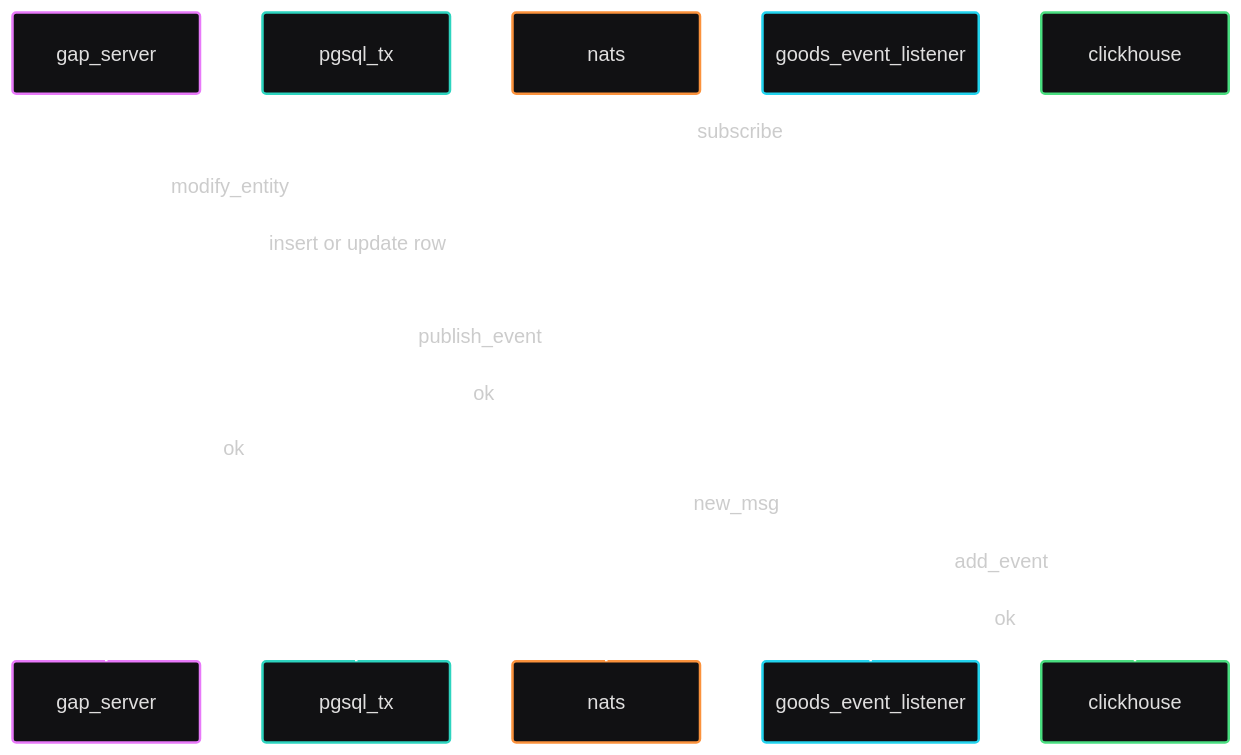
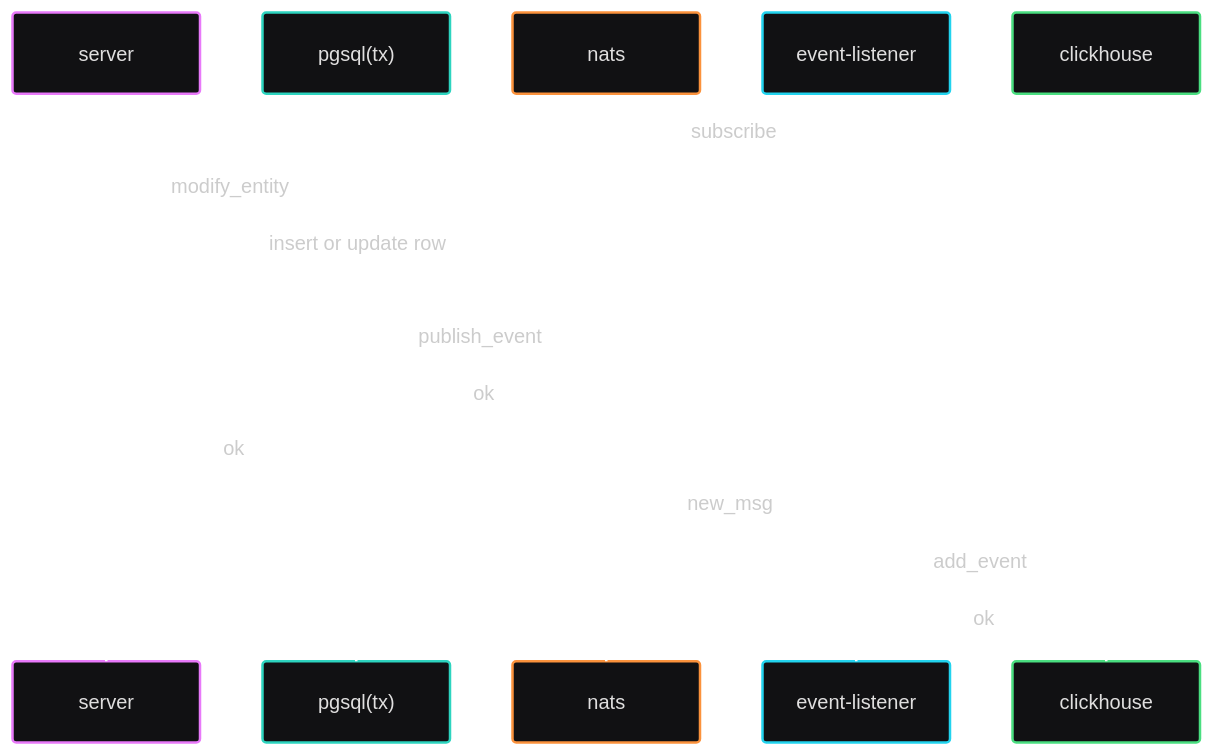
Before and after one commit to dsaime/goods-and-projects: the diagram in README.md, drawn with Mermaid. The commit also changed other lines of this file, not shown here.

````diff
--- a/README.md
+++ b/README.md
@@ -15,23 +35,23 @@
 ```mermaid
 ---
 config:
   look: classic
   theme: redux-dark-color
 ---
 sequenceDiagram
-    participant P4 as gap_server
-    participant P5 as pgsql_tx
+    participant P4 as server
+    participant P5 as pgsql(tx)
     participant P1 as nats
-    participant P2 as goods_event_listener
+    participant P2 as event-listener
     participant P3 as clickhouse
     P2 ->> P1: subscribe
     P4 ->> P5: modify_entity
     P5 ->> P5: insert or update row
     P5 ->> P1: publish_event
     P1 -->> P5: ok
     P5 -->> P4: ok
     P1 -->> P2: new_msg
     P2 ->> P3: add_event
     P3 -->> P2: ok
 
 ```
````
